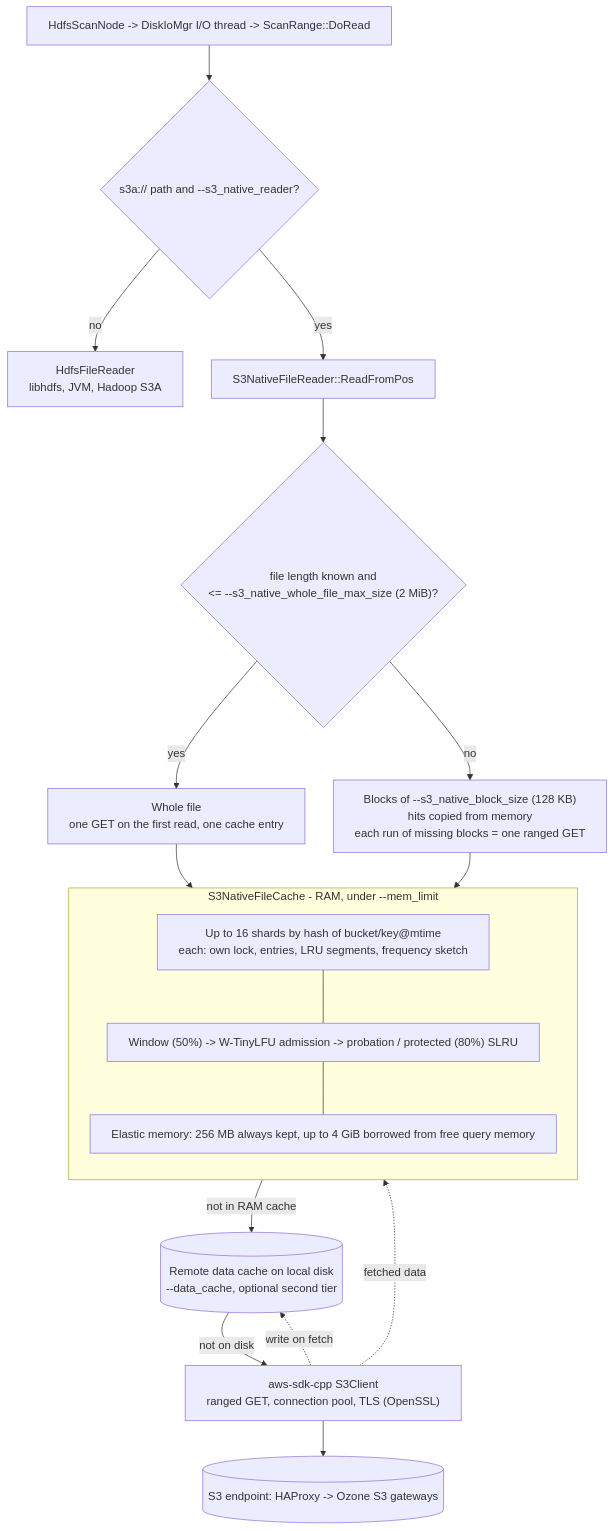
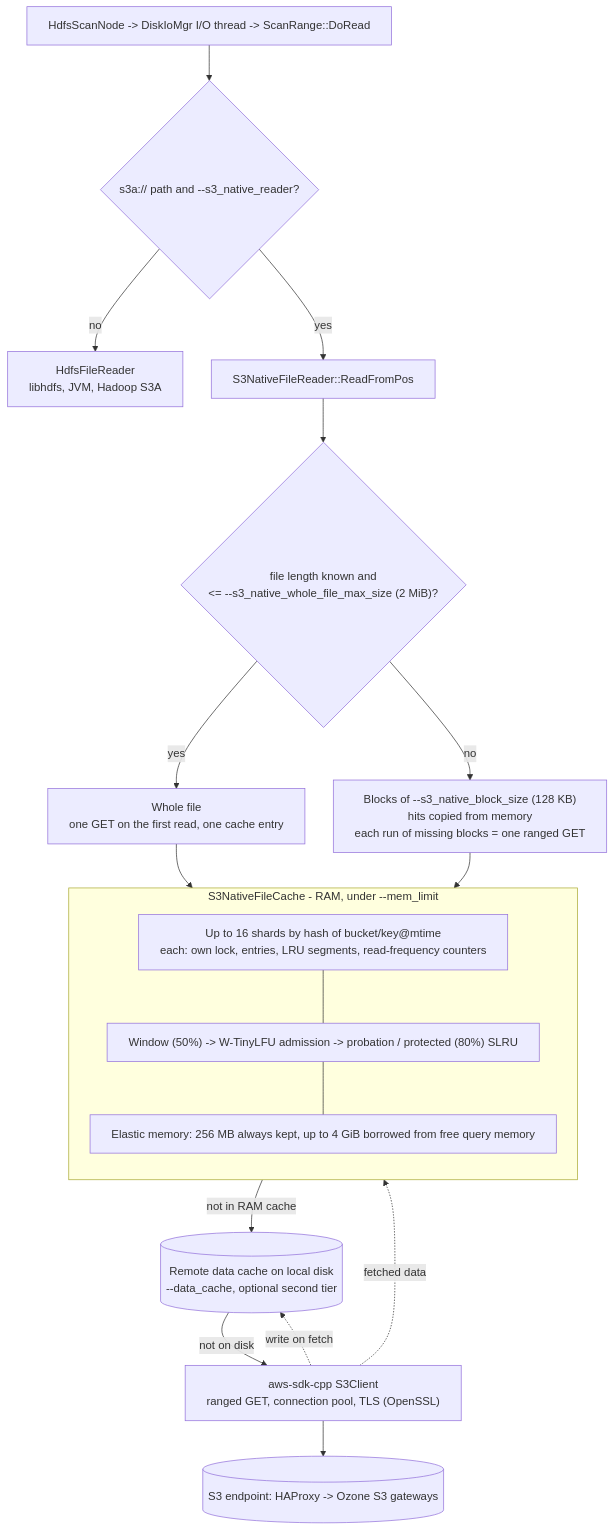
The diagram in docs/s3_native/native_s3_reader_architecture.mmd (arenadata/impala), drawn with Mermaid before and after one commit.

Commit message:
ADH-9244: fix docs/s3_native/native_s3_reader_architecture.mmd

```diff
--- a/docs/s3_native/native_s3_reader_architecture.mmd
+++ b/docs/s3_native/native_s3_reader_architecture.mmd
@@ -1,35 +1,35 @@
 %%{init: {"flowchart": {"htmlLabels": true, "wrappingWidth": 600, "nodeSpacing": 40, "rankSpacing": 50}}}%%
 flowchart TD
     scan["HdfsScanNode -> DiskIoMgr I/O thread -> ScanRange::DoRead"]
     sel{"s3a:// path and --s3_native_reader?"}
     hdfs["HdfsFileReader<br/>libhdfs, JVM, Hadoop S3A"]
     reader["S3NativeFileReader::ReadFromPos"]
     size{"file length known and<br/>&lt;= --s3_native_whole_file_max_size (2 MiB)?"}
     whole["Whole file<br/>one GET on the first read, one cache entry"]
     blocks["Blocks of --s3_native_block_size (128 KB)<br/>hits copied from memory<br/>each run of missing blocks = one ranged GET"]
 
     subgraph ram["S3NativeFileCache - RAM, under --mem_limit"]
         direction TB
-        shards["Up to 16 shards by hash of bucket/key@mtime<br/>each: own lock, entries, LRU segments, frequency sketch"]
+        shards["Up to 16 shards by hash of bucket/key@mtime<br/>each: own lock, entries, LRU segments, read-frequency counters"]
         segs["Window (50%) -> W-TinyLFU admission -> probation / protected (80%) SLRU"]
         mem["Elastic memory: 256 MB always kept, up to 4 GiB borrowed from free query memory"]
         shards --- segs --- mem
     end
 
     disk[("Remote data cache on local disk<br/>--data_cache, optional second tier")]
     s3["aws-sdk-cpp S3Client<br/>ranged GET, connection pool, TLS (OpenSSL)"]
     ozone[("S3 endpoint: HAProxy -> Ozone S3 gateways")]
 
     scan --> sel
     sel -- no --> hdfs
     sel -- yes --> reader
     reader --> size
     size -- yes --> whole
     size -- no --> blocks
     whole --> ram
     blocks --> ram
     ram -- "not in RAM cache" --> disk
     disk -- "not on disk" --> s3
     s3 --> ozone
     s3 -. "fetched data" .-> ram
     s3 -. "write on fetch" .-> disk
```
